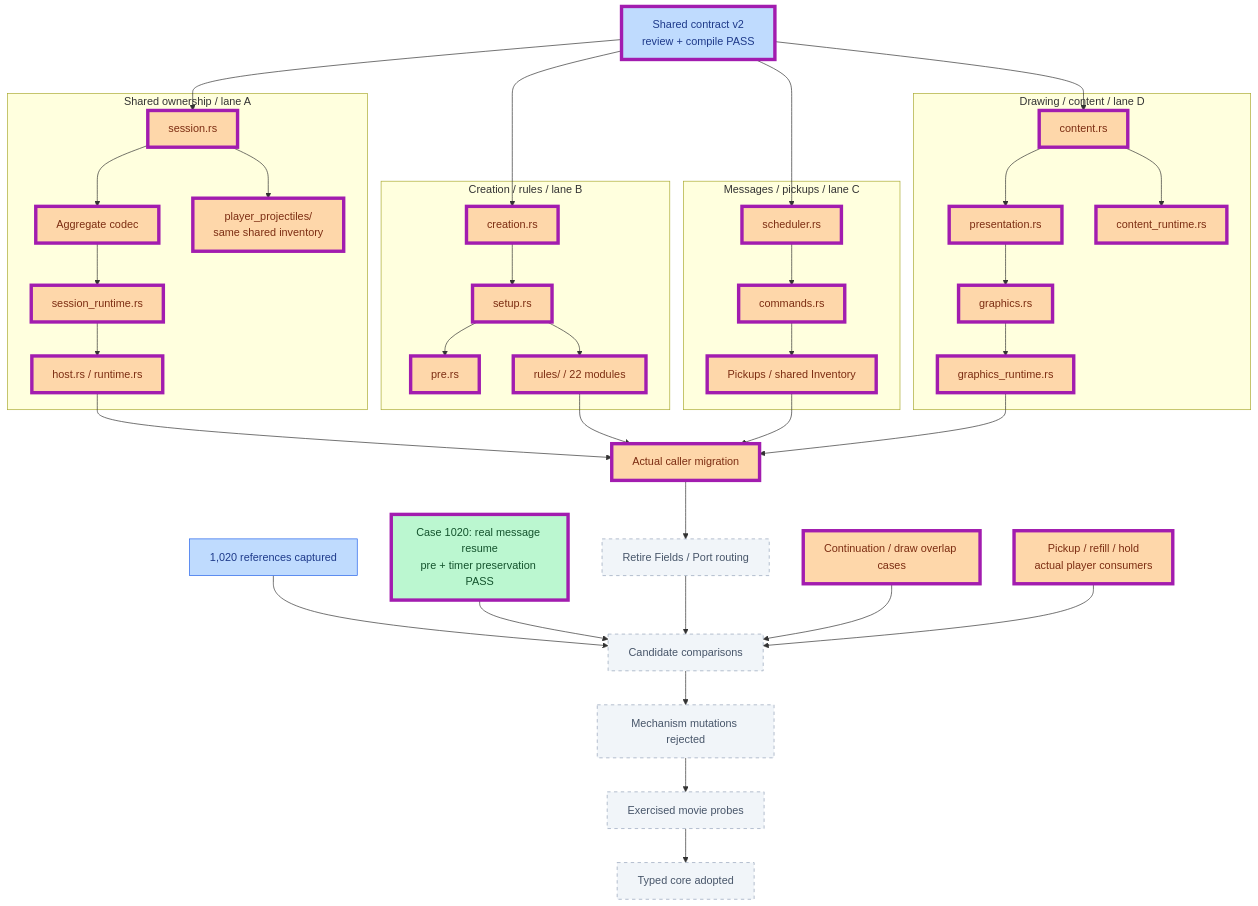
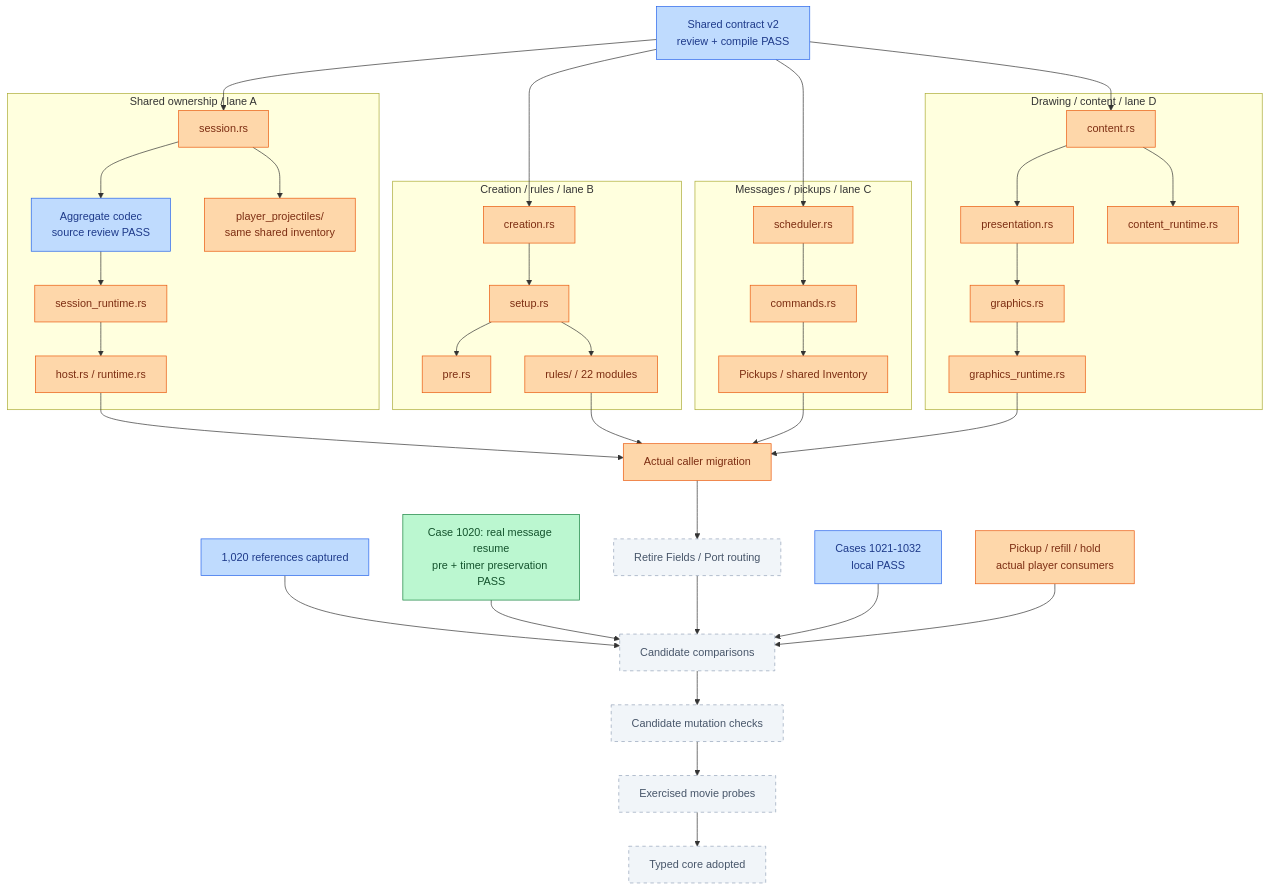
Before and after one commit to JimLundin/sm-decomp: the first of 9 diagrams in PROGRESS.md, drawn with Mermaid. The commit also changed other lines of this file and 10 other files, not shown here.

Commit message:
Verify mechanism callback and drawing boundaries; 19 cases and release build pass

````diff
--- a/PROGRESS.md
+++ b/PROGRESS.md
@@ -10,49 +10,48 @@
 ```mermaid
 flowchart TB
     CONTRACT["Shared contract v2<br/>review + compile PASS"]:::checked
     subgraph shared["Shared ownership / lane A"]
-        S["session.rs"]:::active --> CODEC["Aggregate codec"]:::active
+        S["session.rs"]:::active --> CODEC["Aggregate codec<br/>source review PASS"]:::checked
         S --> PLAYER["player_projectiles/<br/>same shared inventory"]:::active
         CODEC --> RT["session_runtime.rs"]:::active
         RT --> HOST["host.rs / runtime.rs"]:::active
     end
     subgraph creation["Creation / rules / lane B"]
         CREATE["creation.rs"]:::active --> SETUP["setup.rs"]:::active
         SETUP --> PRE["pre.rs"]:::active
         SETUP --> RULES["rules/ / 22 modules"]:::active
     end
     subgraph execution["Messages / pickups / lane C"]
         SCHED["scheduler.rs"]:::active --> CMD["commands.rs"]:::active
         CMD --> PICKUP["Pickups / shared Inventory"]:::active
     end
     subgraph drawing["Drawing / content / lane D"]
         DRAW["presentation.rs"]:::active --> GRAPHICS["graphics.rs"]:::active
         CONTENT["content.rs"]:::active --> DRAW
         CONTENT --> CR["content_runtime.rs"]:::active
         GRAPHICS --> GR["graphics_runtime.rs"]:::active
     end
     CONTRACT --> S
     CONTRACT --> CREATE
     CONTRACT --> SCHED
     CONTRACT --> CONTENT
     HOST --> CALLERS["Actual caller migration"]:::active
     RULES --> CALLERS
     PICKUP --> CALLERS
     GR --> CALLERS
     CALLERS --> DELETE["Retire Fields / Port routing"]:::pending
     BASE["1,020 references captured"]:::checked --> COMPARE["Candidate comparisons"]:::pending
     RESUME["Case 1020: real message resume<br/>pre + timer preservation PASS"]:::done --> COMPARE
     DELETE --> COMPARE
-    GAP["Continuation / draw overlap cases"]:::active --> COMPARE
+    GAP["Cases 1021-1032<br/>local PASS"]:::checked --> COMPARE
     SHAREDTEST["Pickup / refill / hold<br/>actual player consumers"]:::active --> COMPARE
-    COMPARE --> MUT["Mechanism mutations rejected"]:::pending
+    COMPARE --> MUT["Candidate mutation checks"]:::pending
     MUT --> MOVIE["Exercised movie probes"]:::pending
     MOVIE --> ADOPT["Typed core adopted"]:::pending
-    class CONTRACT,S,CODEC,PLAYER,RT,HOST,CREATE,SETUP,PRE,RULES,SCHED,CMD,PICKUP,DRAW,GRAPHICS,CONTENT,CR,GR,CALLERS,RESUME,GAP,SHAREDTEST changed
     classDef done fill:#bbf7d0,stroke:#15803d,color:#14532d
     classDef checked fill:#bfdbfe,stroke:#2563eb,color:#1e3a8a
     classDef active fill:#fed7aa,stroke:#ea580c,color:#7c2d12
     classDef pending fill:#f1f5f9,stroke:#94a3b8,color:#475569,stroke-dasharray:5 5
     classDef failed fill:#fecaca,stroke:#dc2626,color:#7f1d1d
     classDef changed stroke:#a21caf,stroke-width:5px
 ```
````
